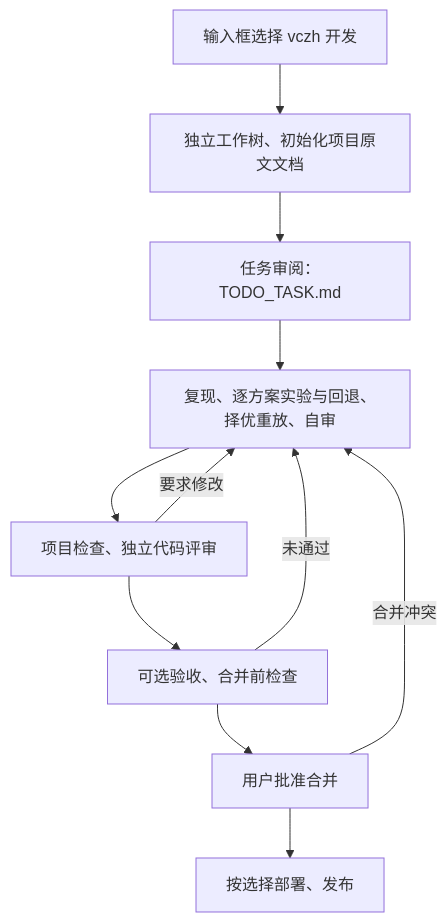
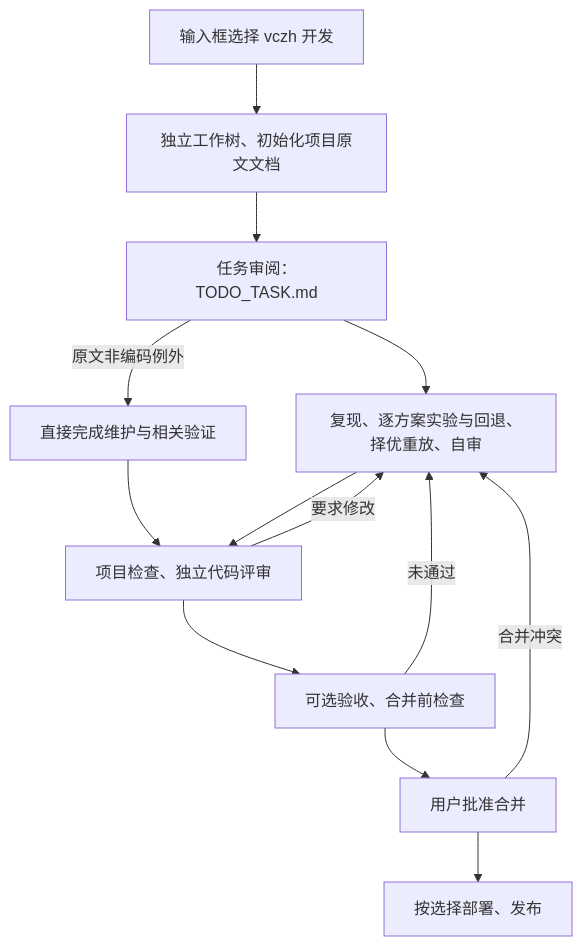
Before and after one commit to xtlys/coda-plugins: the diagram in plugins/vczh/README.md, drawn with Mermaid. The commit also changed other lines of this file and 4 other files, not shown here.

````diff
--- a/plugins/vczh/README.md
+++ b/plugins/vczh/README.md
@@ -11,13 +11,15 @@
 ```mermaid
 flowchart TD
     A["输入框选择 vczh 开发"] --> B["独立工作树、初始化项目原文文档"]
     B --> C["任务审阅：TODO_TASK.md"]
     C --> D["复现、逐方案实验与回退、择优重放、自审"]
+    C -->|"原文非编码例外"| M["直接完成维护与相关验证"]
+    M --> E
     D --> E["项目检查、独立代码评审"]
     E --> F["可选验收、合并前检查"]
     F --> G["用户批准合并"]
     G --> H["按选择部署、发布"]
     E -->|"要求修改"| D
     F -->|"未通过"| D
     G -->|"合并冲突"| D
 ```
````
